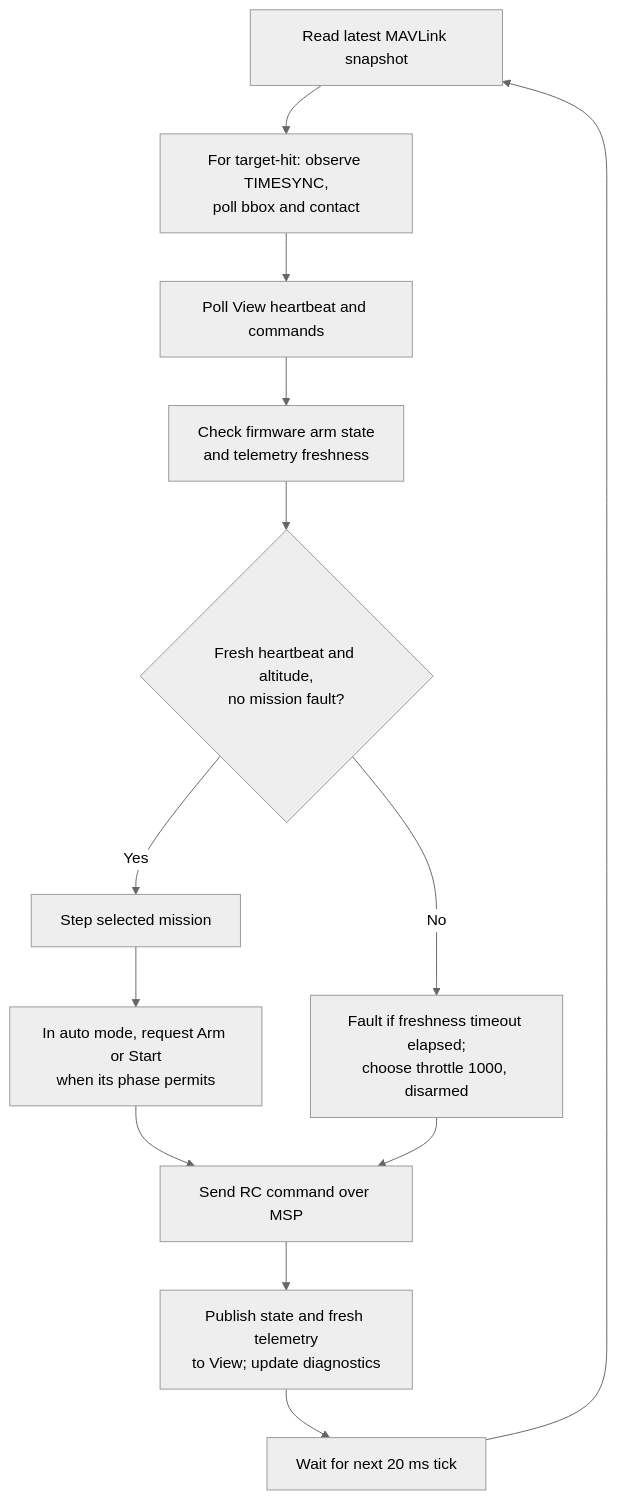
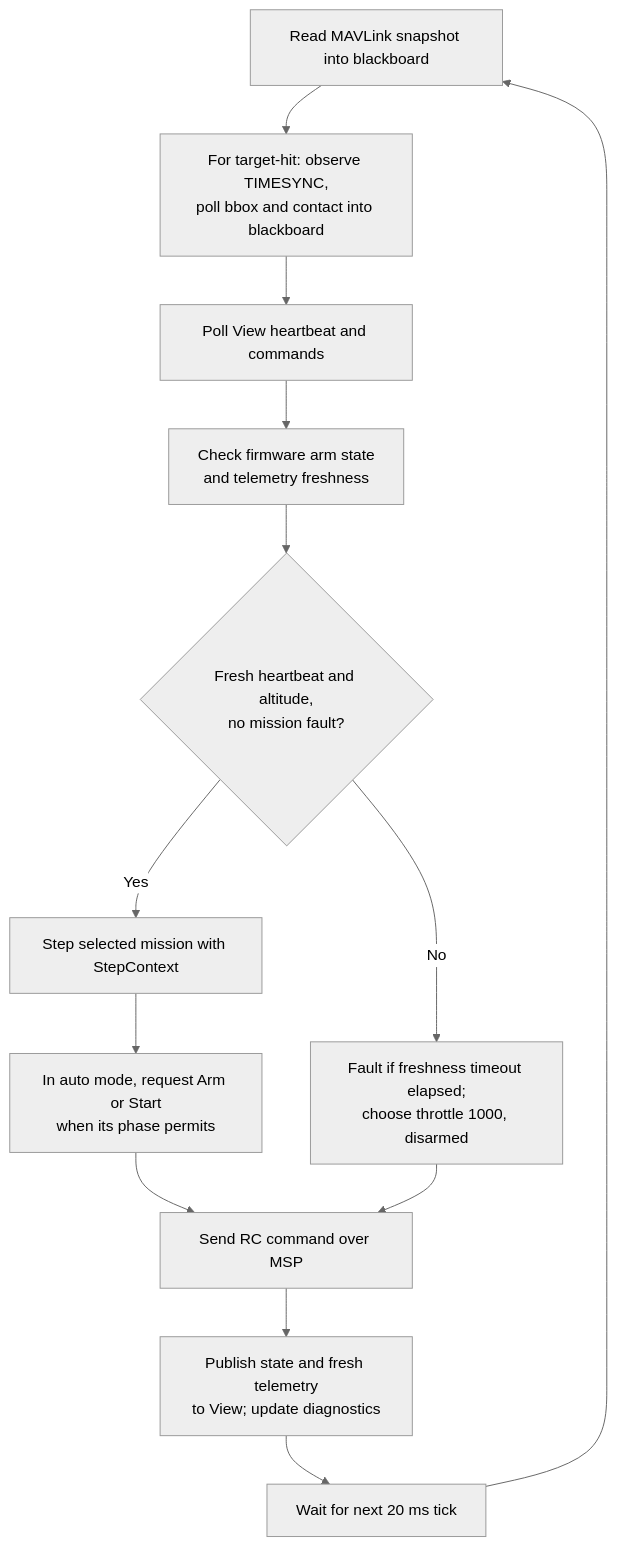
The second of 2 diagrams in docs/mission-control-loop.md (mayaboker/bullet_app), drawn with Mermaid (neutral theme) before and after one commit. The commit also changed other lines of this file and 24 other files, not shown here.

Commit message:
feat: share mission state and name MAVLink readiness

````diff
--- a/docs/mission-control-loop.md
+++ b/docs/mission-control-loop.md
@@ -55,15 +62,15 @@
 ```mermaid
 flowchart TD
-    A["Read latest MAVLink snapshot"] --> B["For target-hit: observe TIMESYNC,<br/>poll bbox and contact"]
+    A["Read MAVLink snapshot into blackboard"] --> B["For target-hit: observe TIMESYNC,<br/>poll bbox and contact into blackboard"]
     B --> C["Poll View heartbeat and commands"]
     C --> D["Check firmware arm state<br/>and telemetry freshness"]
     D --> E{"Fresh heartbeat and altitude,<br/>no mission fault?"}
-    E -->|Yes| F["Step selected mission"]
+    E -->|Yes| F["Step selected mission with StepContext"]
     F --> G["In auto mode, request Arm or Start<br/>when its phase permits"]
     E -->|No| H["Fault if freshness timeout elapsed;<br/>choose throttle 1000, disarmed"]
     G --> I["Send RC command over MSP"]
     H --> I
     I --> J["Publish state and fresh telemetry<br/>to View; update diagnostics"]
     J --> K["Wait for next 20 ms tick"]
     K --> A
 ```
````
